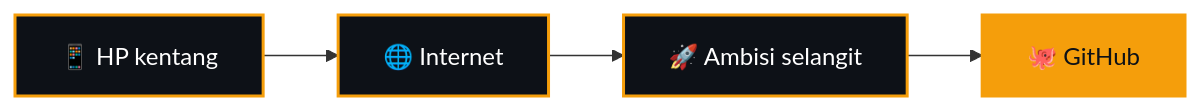
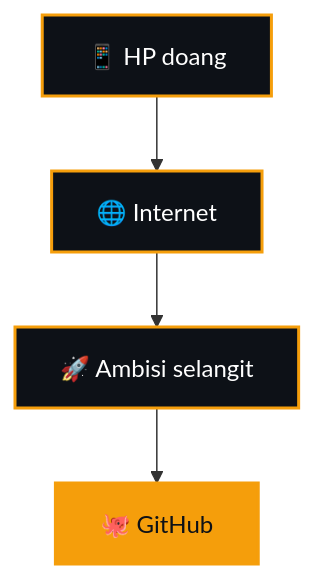
The diagram in README.md (adiprmx/adiprmx), drawn with Mermaid before and after one commit. The commit also changed other lines of this file, not shown here.

````diff
--- a/README.md
+++ b/README.md
@@ -51,10 +58,10 @@
 ```mermaid
-graph LR
-    A["📱 HP kentang"] --> B["🌐 Internet"]
+graph TD
+    A["📱 HP doang"] --> B["🌐 Internet"]
     B --> C["🚀 Ambisi selangit"]
     C --> D["🐙 GitHub"]
     style A fill:#0d1117,stroke:#f59e0b,stroke-width:2px,color:#ffffff
     style B fill:#0d1117,stroke:#f59e0b,stroke-width:2px,color:#ffffff
     style C fill:#0d1117,stroke:#f59e0b,stroke-width:2px,color:#ffffff
     style D fill:#f59e0b,stroke:#f59e0b,stroke-width:2px,color:#0d1117
 ```
````
